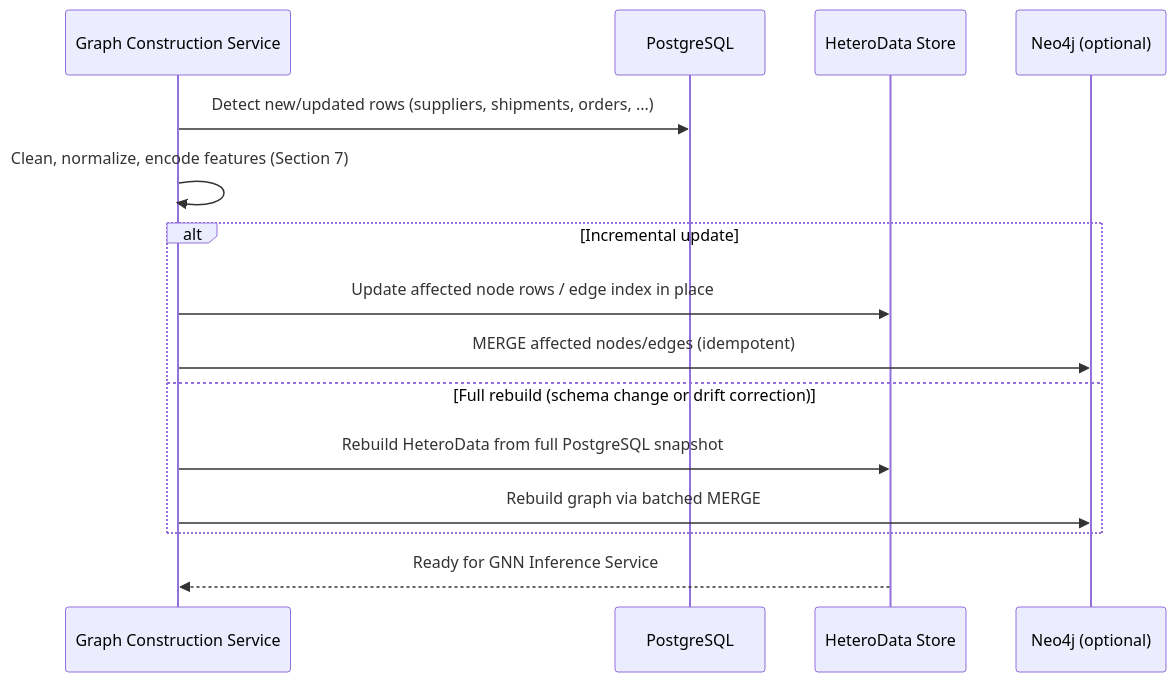
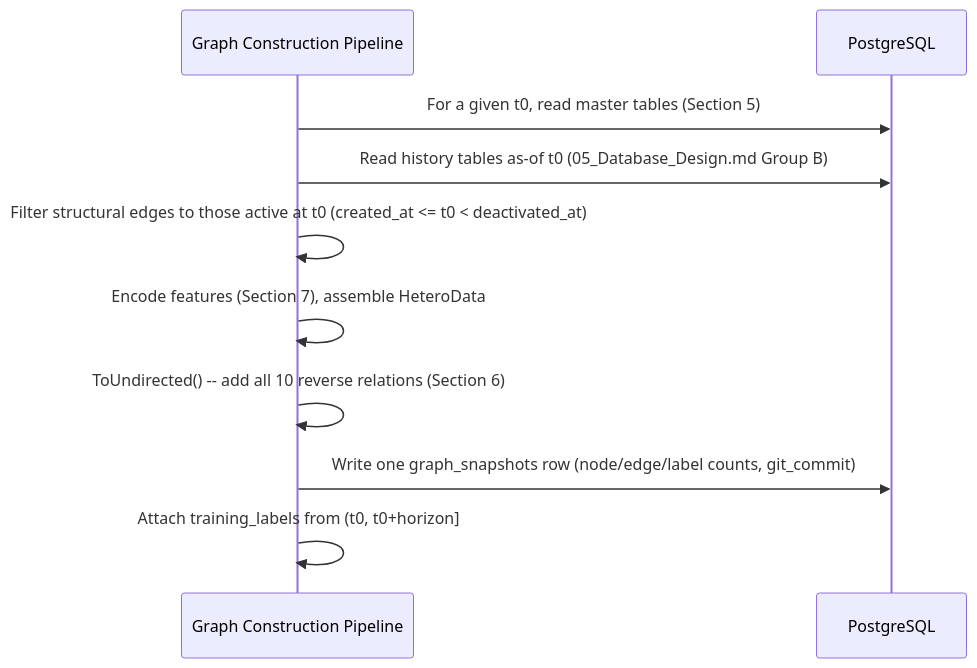
One commit to murali-ftw/ChainPilot changed the second of 2 diagrams in docs/06_Graph_Database_Design.md. Above: the diagram before and after it, drawn with Mermaid. The commit also changed other lines of this file and 22 other files, not shown here.

````diff
--- a/docs/06_Graph_Database_Design.md
+++ b/docs/06_Graph_Database_Design.md
@@ -144,18 +159,13 @@
 ```mermaid
 sequenceDiagram
-    participant GCS as Graph Construction Service
+    participant PIPE as Graph Construction Pipeline
     participant PG as PostgreSQL
-    participant TENSOR as HeteroData Store
-    participant NEO as Neo4j (optional)
 
-    GCS->>PG: Detect new/updated rows (suppliers, shipments, orders, ...)
-    GCS->>GCS: Clean, normalize, encode features (Section 7)
-    alt Incremental update
-        GCS->>TENSOR: Update affected node rows / edge index in place
-        GCS->>NEO: MERGE affected nodes/edges (idempotent)
-    else Full rebuild (schema change or drift correction)
-        GCS->>TENSOR: Rebuild HeteroData from full PostgreSQL snapshot
-        GCS->>NEO: Rebuild graph via batched MERGE
-    end
-    TENSOR-->>GCS: Ready for GNN Inference Service
+    PIPE->>PG: For a given t0, read master tables (Section 5)
+    PIPE->>PG: Read history tables as-of t0 (05_Database_Design.md Group B)
+    PIPE->>PIPE: Filter structural edges to those active at t0 (created_at <= t0 < deactivated_at)
+    PIPE->>PIPE: Encode features (Section 7), assemble HeteroData
+    PIPE->>PIPE: ToUndirected() -- add all 10 reverse relations (Section 6)
+    PIPE->>PG: Write one graph_snapshots row (node/edge/label counts, git_commit)
+    PIPE->>PIPE: Attach training_labels from (t0, t0+horizon]
 ```
````
